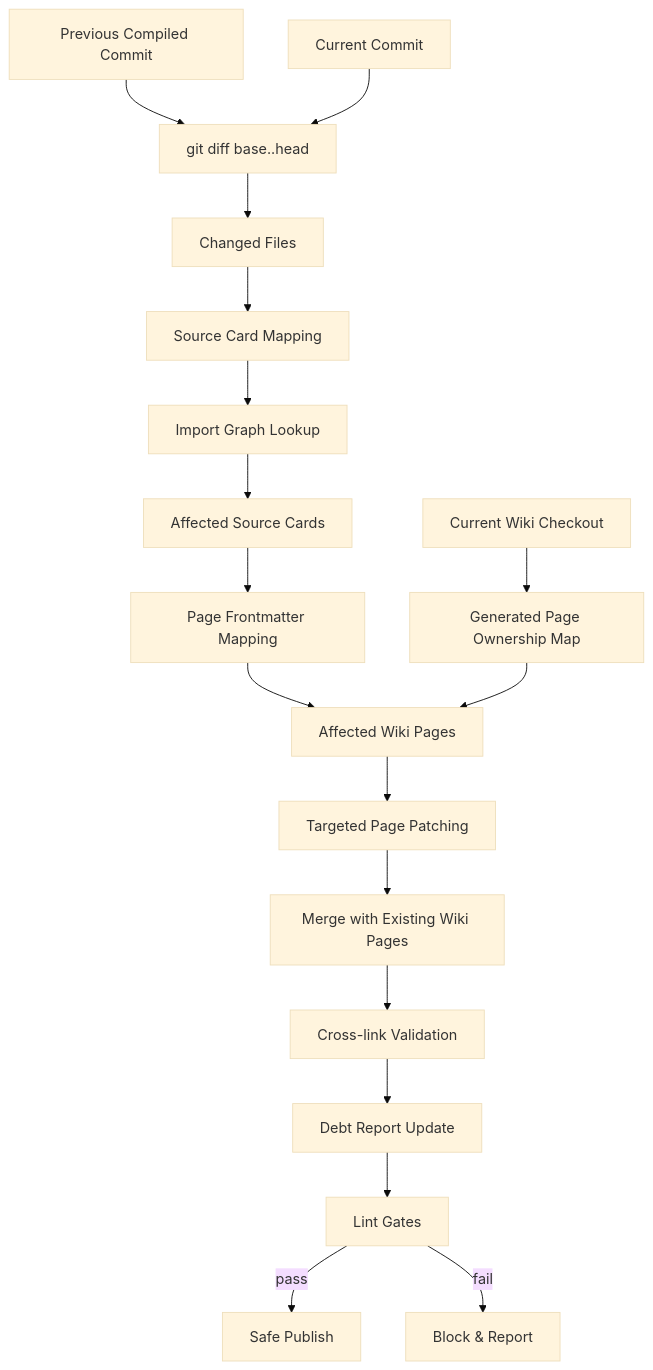
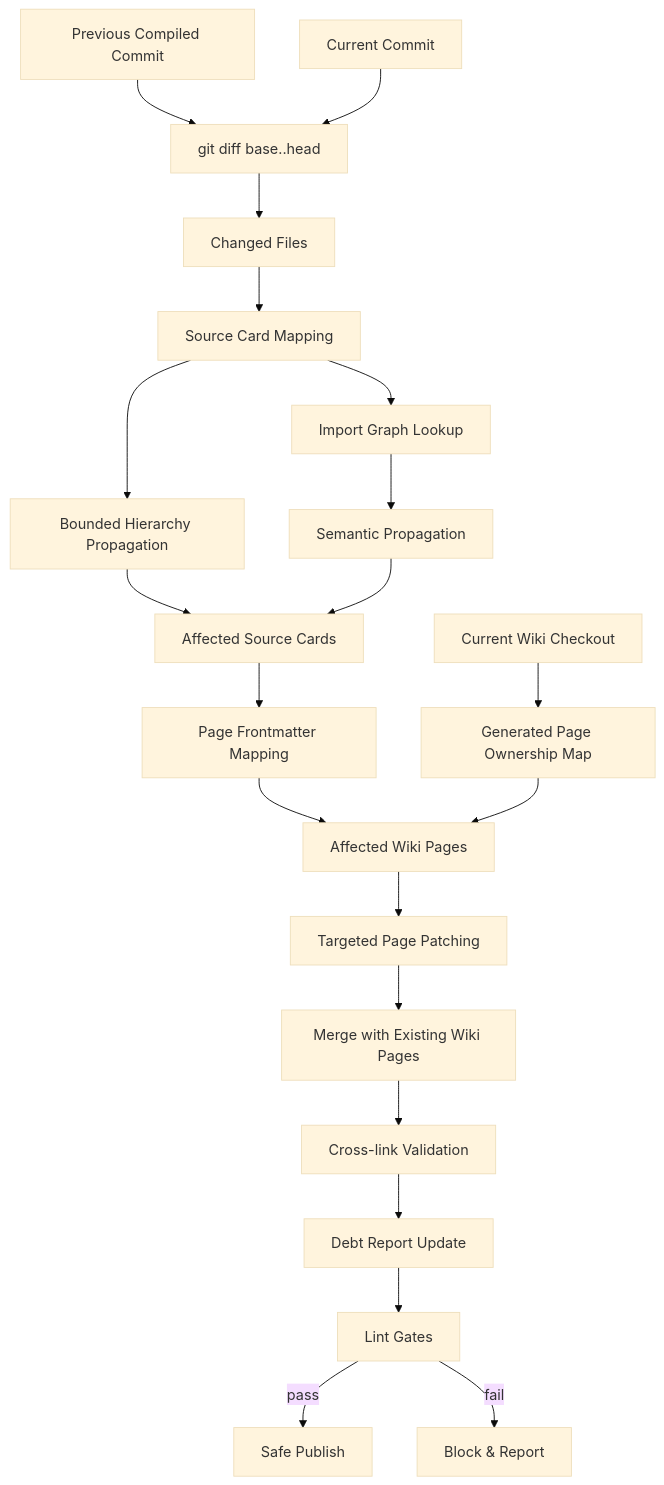
The first of 3 diagrams in docs/plans/incremental-mode.md (mfittko/repo-wiki), drawn with Mermaid (base theme) before and after one commit. The commit also changed other lines of this file and 4 other files, not shown here.

````diff
--- a/docs/plans/incremental-mode.md
+++ b/docs/plans/incremental-mode.md
@@ -9,20 +9,23 @@
 ```mermaid
 flowchart TD
   PrevCommit[Previous Compiled Commit] --> Diff[git diff base..head]
   HeadCommit[Current Commit] --> Diff
   ExistingWiki[Current Wiki Checkout] --> Ownership[Generated Page Ownership Map]
   Diff --> Changed[Changed Files]
   Changed --> CardMap[Source Card Mapping]
+  CardMap --> Hierarchy[Bounded Hierarchy Propagation]
   CardMap --> ImportGraph[Import Graph Lookup]
-  ImportGraph --> AffectedCards[Affected Source Cards]
+  ImportGraph --> Semantic[Semantic Propagation]
+  Hierarchy --> AffectedCards[Affected Source Cards]
+  Semantic --> AffectedCards
   AffectedCards --> PageMap[Page Frontmatter Mapping]
   PageMap --> AffectedPages[Affected Wiki Pages]
   Ownership --> AffectedPages
   AffectedPages --> Patch[Targeted Page Patching]
   Patch --> Reconcile[Merge with Existing Wiki Pages]
   Reconcile --> CrossLink[Cross-link Validation]
   CrossLink --> DebtReport[Debt Report Update]
   DebtReport --> Lint[Lint Gates]
   Lint -->|pass| Publish[Safe Publish]
   Lint -->|fail| Block[Block & Report]
 ```
````
